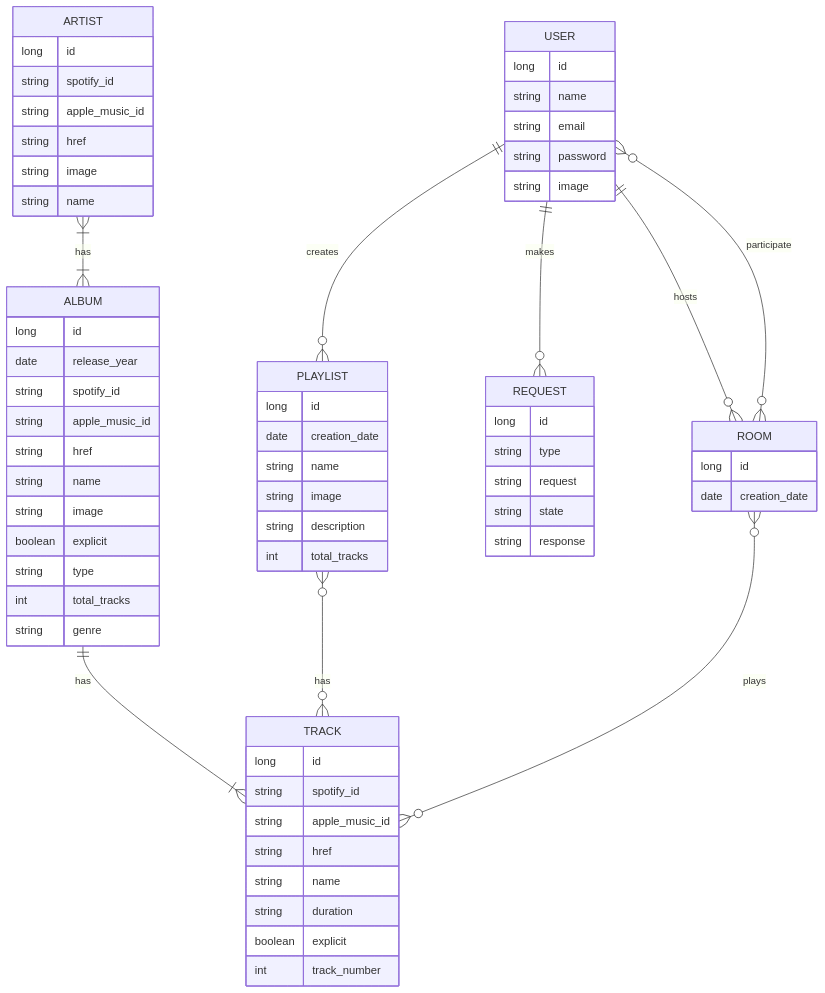
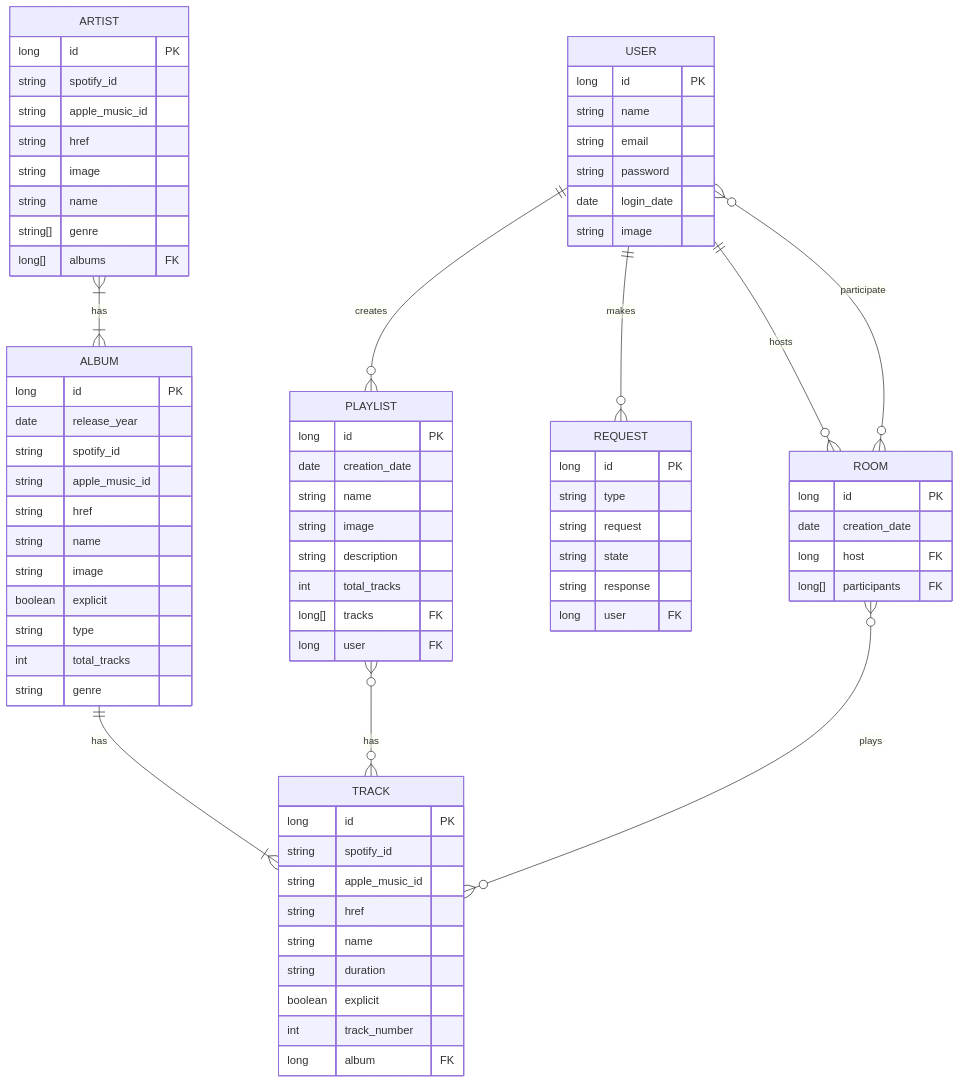
Before and after one commit to codeurjc-students/2026-MusicFever: the diagram in README.md, drawn with Mermaid.

Commit message:
docs: improve ER diagram with PK and FK

````diff
--- a/README.md
+++ b/README.md
@@ -125,24 +125,27 @@
     ROOM }o--o{ TRACK : plays
 
     USER {
-        long id
+        long id PK
         string name
         string email
         string password
+        date login_date
         string image
     }
 
     ARTIST{
-        long id
+        long id PK
         string spotify_id
         string apple_music_id
         string href
         string image
         string name
+        string[] genre
+        long[] albums FK
     }
 
     ALBUM {
-        long id
+        long id PK
         date release_year
         string spotify_id
         string apple_music_id
@@ -156,7 +159,7 @@
     }
 
     TRACK {
-        long id
+        long id PK
         string spotify_id
         string apple_music_id
         string href
@@ -164,27 +167,33 @@
         string duration
         boolean explicit
         int track_number
+        long album FK
     }
 
     PLAYLIST {
-        long id
+        long id PK
         date creation_date
         string name
         string image
         string description
         int total_tracks
+        long[] tracks FK
+        long user FK
     }
 
     ROOM {
-        long id
+        long id PK
         date creation_date
+        long host FK
+        long[] participants FK
     }
 
     REQUEST {
-        long id
+        long id PK
         string type
         string request 
         string state
         string response
+        long user FK
     }
 ```
````
